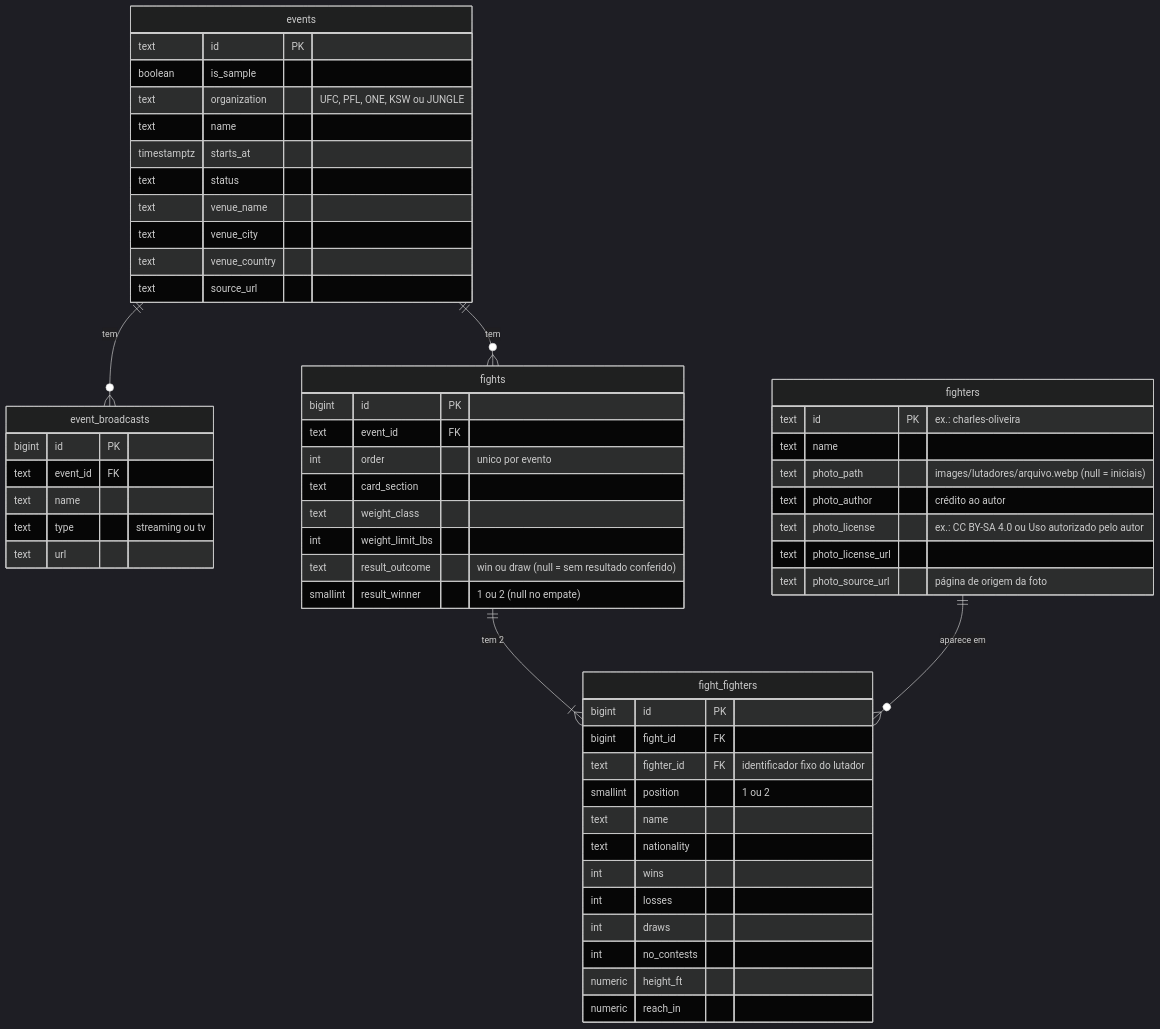
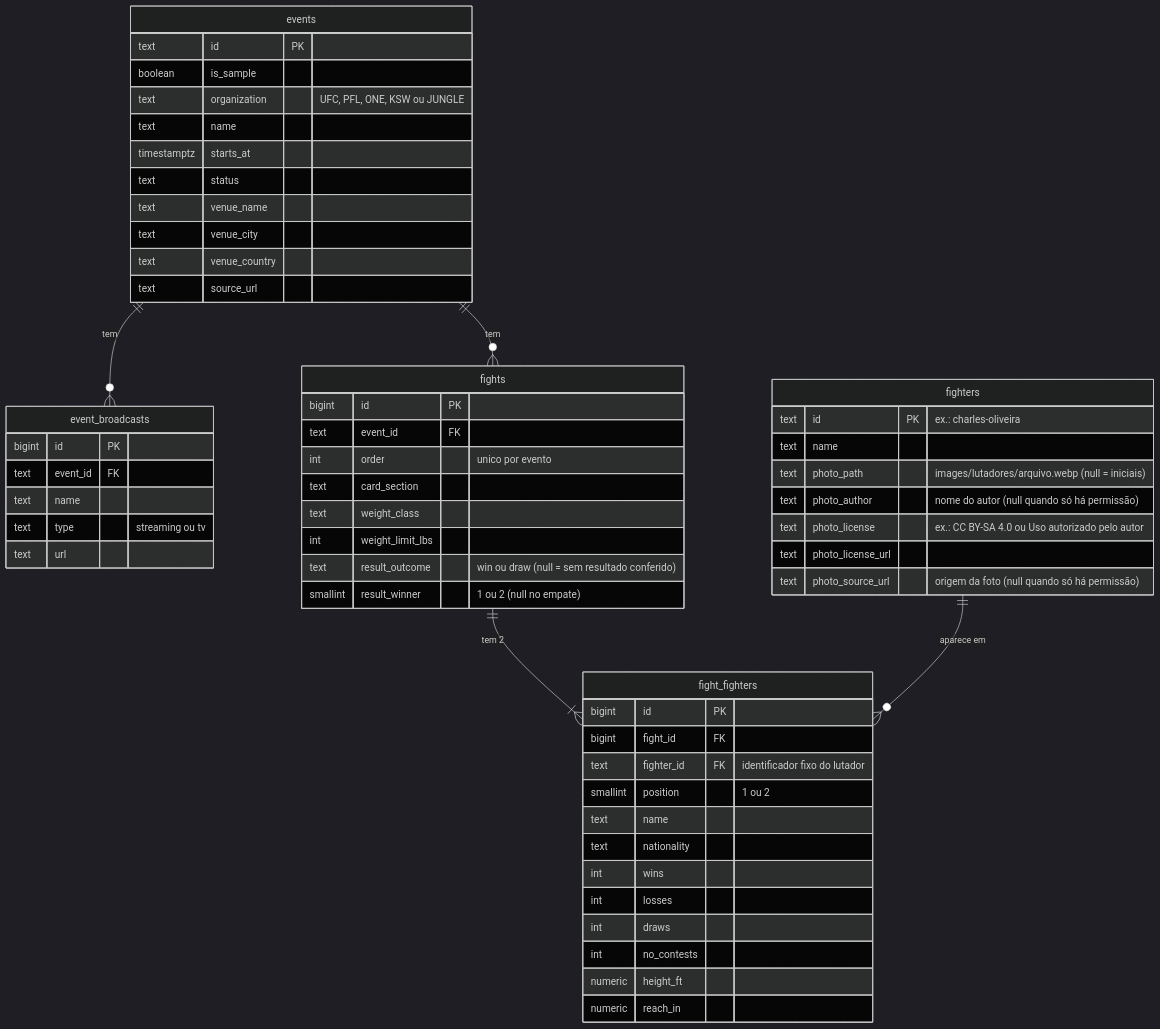
The third of 3 diagrams in docs/arquitetura.md (Gabriel-de-Lima-R/fight-club-events), drawn with Mermaid (dark theme) before and after one commit. The commit also changed other lines of this file and 2 other files, not shown here.

````diff
--- a/docs/arquitetura.md
+++ b/docs/arquitetura.md
@@ -91,60 +93,60 @@
 ```mermaid
 erDiagram
     events ||--o{ event_broadcasts : "tem"
     events ||--o{ fights : "tem"
     fights ||--|{ fight_fighters : "tem 2"
     fighters ||--o{ fight_fighters : "aparece em"
 
     events {
         text id PK
         boolean is_sample
         text organization "UFC, PFL, ONE, KSW ou JUNGLE"
         text name
         timestamptz starts_at
         text status
         text venue_name
         text venue_city
         text venue_country
         text source_url
     }
     event_broadcasts {
         bigint id PK
         text event_id FK
         text name
         text type "streaming ou tv"
         text url
     }
     fights {
         bigint id PK
         text event_id FK
         int order "unico por evento"
         text card_section
         text weight_class
         int weight_limit_lbs
         text result_outcome "win ou draw (null = sem resultado conferido)"
         smallint result_winner "1 ou 2 (null no empate)"
     }
     fight_fighters {
         bigint id PK
         bigint fight_id FK
         text fighter_id FK "identificador fixo do lutador"
         smallint position "1 ou 2"
         text name
         text nationality
         int wins
         int losses
         int draws
         int no_contests
         numeric height_ft
         numeric reach_in
     }
     fighters {
         text id PK "ex.: charles-oliveira"
         text name
         text photo_path "images/lutadores/arquivo.webp (null = iniciais)"
-        text photo_author "crédito ao autor"
+        text photo_author "nome do autor (null quando só há permissão)"
         text photo_license "ex.: CC BY-SA 4.0 ou Uso autorizado pelo autor"
         text photo_license_url
-        text photo_source_url "página de origem da foto"
+        text photo_source_url "origem da foto (null quando só há permissão)"
     }
 ```
````
